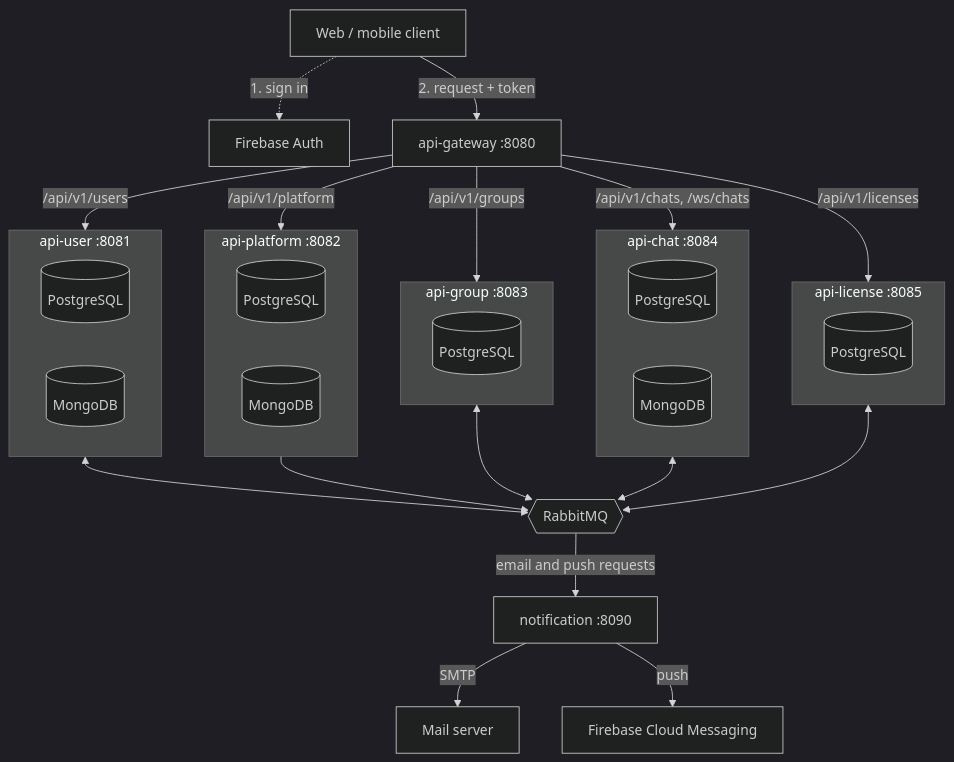
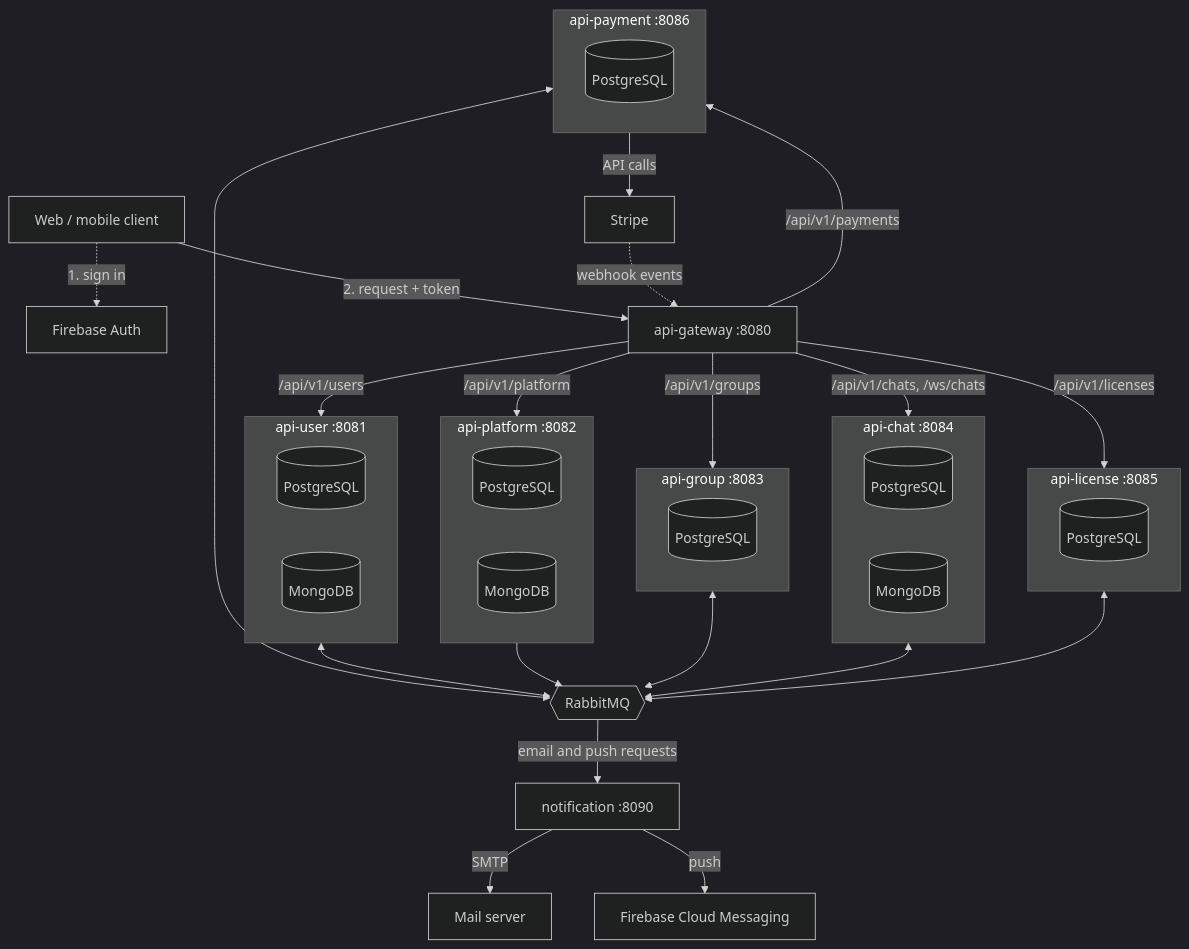
Before and after one commit to dragos-galeteanu/trip-huddle-backend: the first of 6 diagrams in README.md, drawn with Mermaid (dark theme). The commit also changed other lines of this file and 178 other files, not shown here.

````diff
--- a/README.md
+++ b/README.md
@@ -9,45 +9,53 @@
 ```mermaid
 flowchart TB
     C[Web / mobile client]
     FB[Firebase Auth]
     GW[api-gateway :8080]
 
     C -.->|1. sign in| FB
     C -->|2. request + token| GW
 
     subgraph USER[api-user :8081]
         UPG[(PostgreSQL)]
         UMG[(MongoDB)]
     end
     subgraph PLATFORM[api-platform :8082]
         PPG[(PostgreSQL)]
         PMG[(MongoDB)]
     end
     subgraph GROUP[api-group :8083]
         GPG[(PostgreSQL)]
     end
     subgraph CHAT[api-chat :8084]
         CPG[(PostgreSQL)]
         CMG[(MongoDB)]
     end
     subgraph LICENSE[api-license :8085]
         LPG[(PostgreSQL)]
     end
+    subgraph PAYMENT[api-payment :8086]
+        PAPG[(PostgreSQL)]
+    end
+    ST[Stripe]
 
     GW -->|/api/v1/users| USER
     GW -->|/api/v1/platform| PLATFORM
     GW -->|/api/v1/groups| GROUP
     GW -->|/api/v1/chats, /ws/chats| CHAT
     GW -->|/api/v1/licenses| LICENSE
+    GW -->|/api/v1/payments| PAYMENT
+    PAYMENT -->|API calls| ST
+    PAYMENT <--> MQ
+    ST -.->|webhook events| GW
 
     MQ{{RabbitMQ}}
     USER <--> MQ
     PLATFORM --> MQ
     GROUP <--> MQ
     CHAT <--> MQ
     LICENSE <--> MQ
 
     MQ -->|email and push requests| N[notification :8090]
     N -->|SMTP| M[Mail server]
     N -->|push| FCM[Firebase Cloud Messaging]
 ```
````
